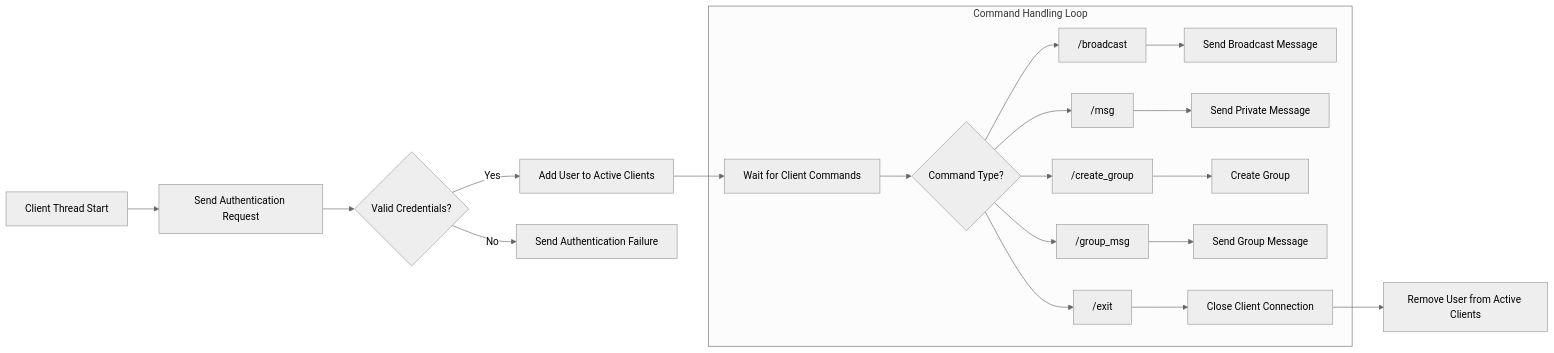
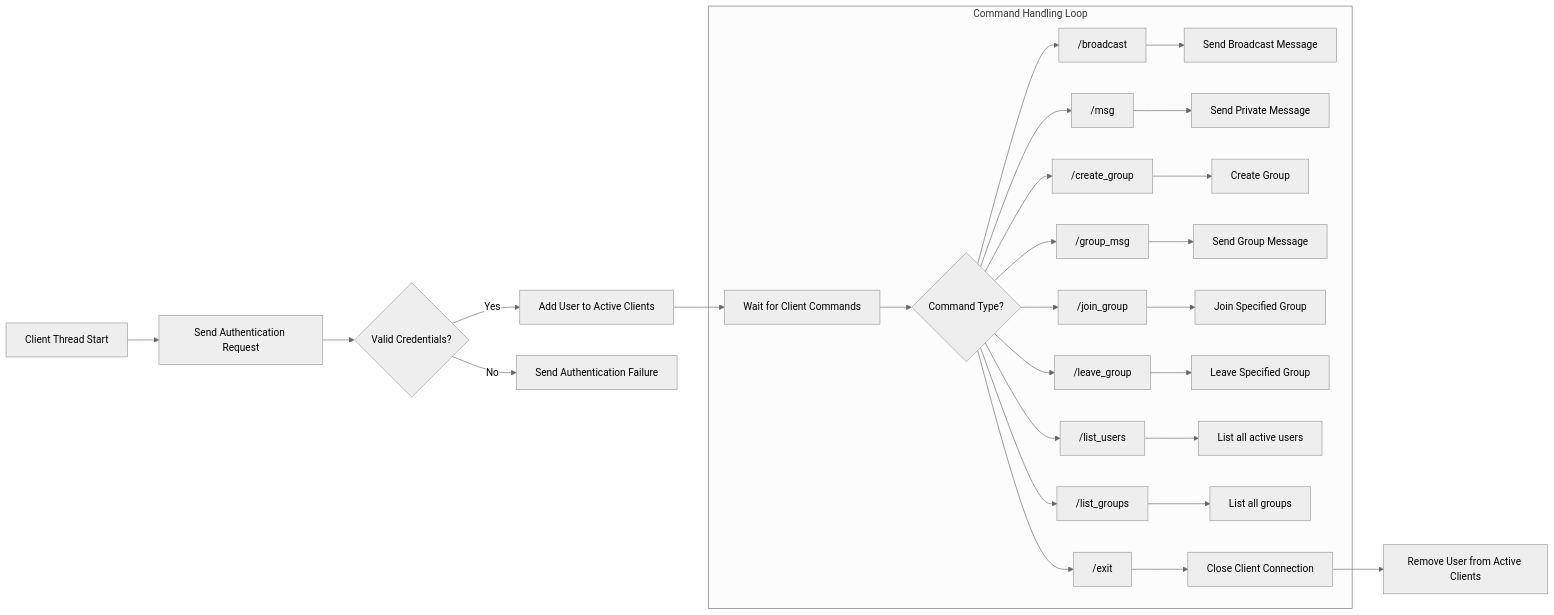
One commit to Sankalp-Mittal/Chat_Server changed the third of 4 diagrams in README.md. Above: the diagram before and after it, drawn with Mermaid (neutral theme).

Commit message:
complete diagram

````diff
--- a/README.md
+++ b/README.md
@@ -131,19 +131,23 @@
 ```mermaid
 flowchart LR
     A[Client Thread Start] --> B[Send Authentication Request]
     B --> C{Valid Credentials?}
     C -- Yes --> D[Add User to Active Clients]
     C -- No --> E[Send Authentication Failure]
     D --> F[Wait for Client Commands]
     
     subgraph Command Handling Loop
         F --> G{Command Type?}
         G --> H[#47;broadcast] --> I[Send Broadcast Message]
         G --> J[#47;msg] --> K[Send Private Message]
         G --> L[#47;create_group] --> M[Create Group]
         G --> N[#47;group_msg] --> O[Send Group Message]
+        G --> S[#47;join_group] --> T[Join Specified Group]
+        G --> U[#47;leave_group] --> V[Leave Specified Group]
+        G --> X[#47;list_users] --> Y[List all active users]
+        G --> Z[#47;list_groups] --> AA[List all groups]
         G --> P[#47;exit] --> Q[Close Client Connection]
     end
     
     Q --> R[Remove User from Active Clients]
 ```
````
